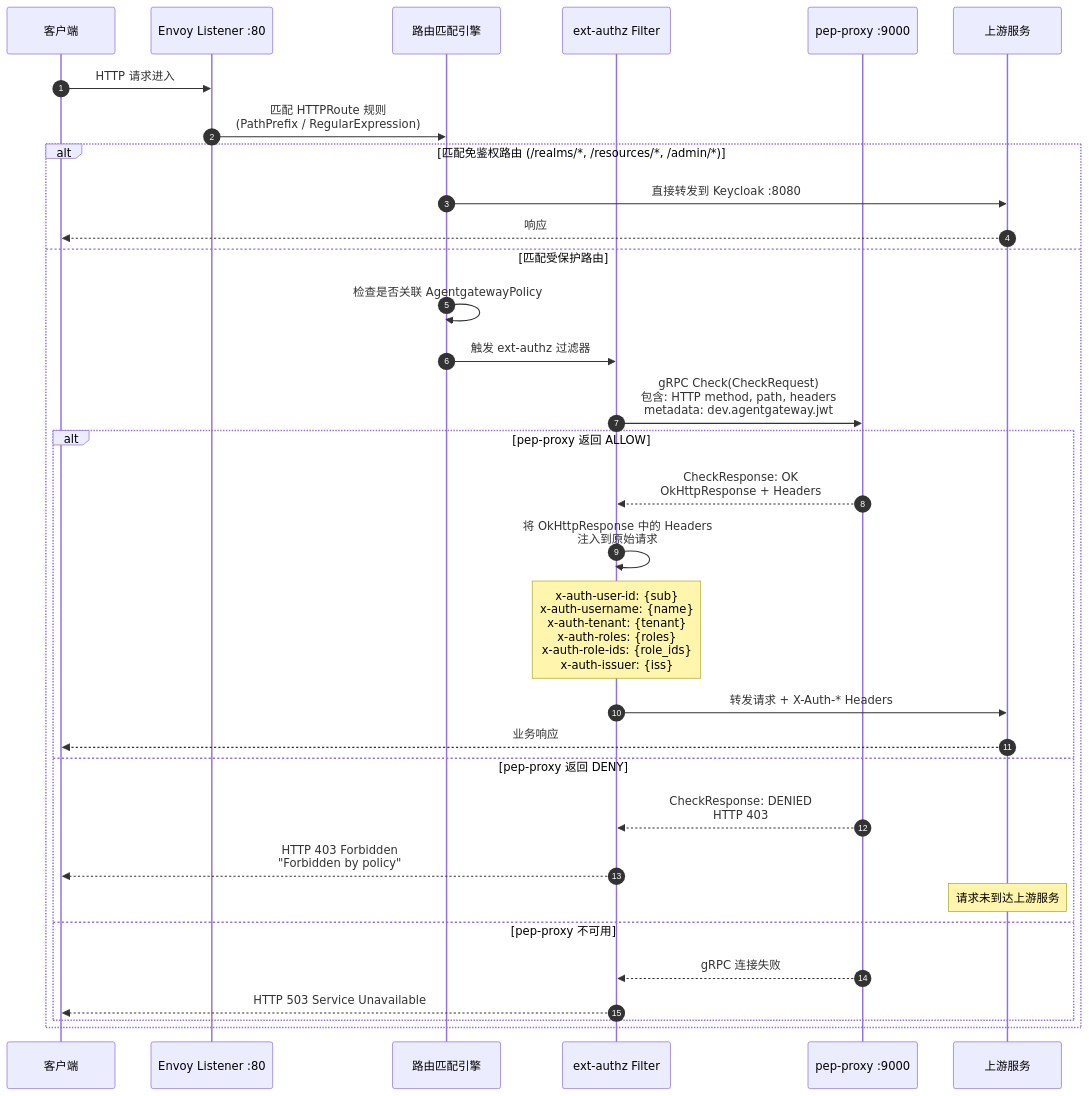
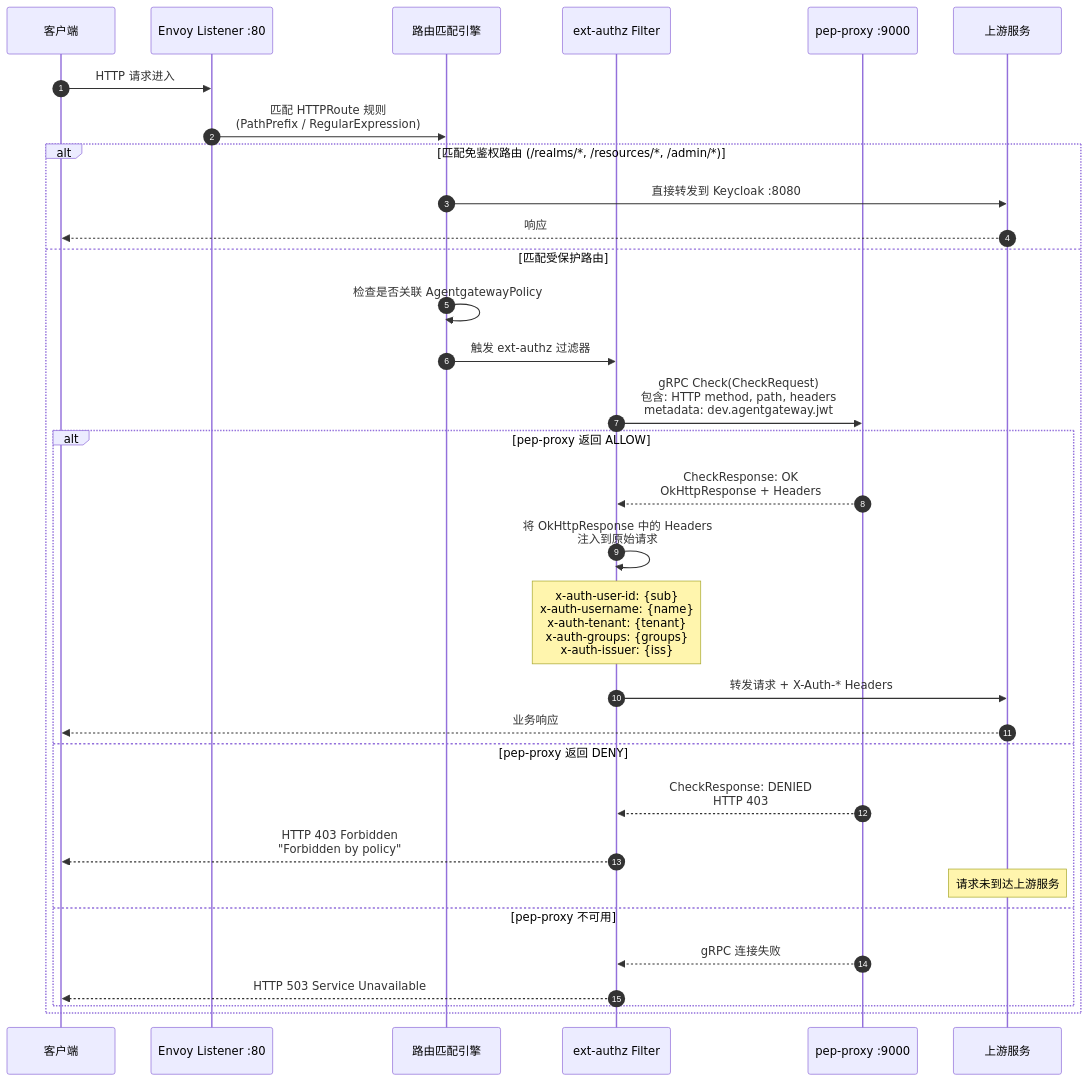
Before and after one commit to xiewanchao/aidp-iam: diagram 15 of 16 in da-cluster/docs/design-specification.md, drawn with Mermaid. The commit also changed other lines of this file and 13 other files, not shown here.

````diff
--- a/da-cluster/docs/design-specification.md
+++ b/da-cluster/docs/design-specification.md
@@ -807,42 +839,42 @@
 ```mermaid
 sequenceDiagram
     autonumber
     participant Client as 客户端
     participant Listener as Envoy Listener :80
     participant RouteMatch as 路由匹配引擎
     participant ExtAuth as ext-authz Filter
     participant PEP as pep-proxy :9000
     participant Upstream as 上游服务
 
     Client->>Listener: HTTP 请求进入
 
     Listener->>RouteMatch: 匹配 HTTPRoute 规则<br/>(PathPrefix / RegularExpression)
 
     alt 匹配免鉴权路由 (/realms/*, /resources/*, /admin/*)
         RouteMatch->>Upstream: 直接转发到 Keycloak :8080
         Upstream-->>Client: 响应
     else 匹配受保护路由
         RouteMatch->>RouteMatch: 检查是否关联 AgentgatewayPolicy
 
         RouteMatch->>ExtAuth: 触发 ext-authz 过滤器
 
         ExtAuth->>PEP: gRPC Check(CheckRequest)<br/>包含: HTTP method, path, headers<br/>metadata: dev.agentgateway.jwt
 
         alt pep-proxy 返回 ALLOW
             PEP-->>ExtAuth: CheckResponse: OK<br/>OkHttpResponse + Headers
             ExtAuth->>ExtAuth: 将 OkHttpResponse 中的 Headers<br/>注入到原始请求
-            Note over ExtAuth: x-auth-user-id: {sub}<br/>x-auth-username: {name}<br/>x-auth-tenant: {tenant}<br/>x-auth-roles: {roles}<br/>x-auth-role-ids: {role_ids}<br/>x-auth-issuer: {iss}
+            Note over ExtAuth: x-auth-user-id: {sub}<br/>x-auth-username: {name}<br/>x-auth-tenant: {tenant}<br/>x-auth-groups: {groups}<br/>x-auth-issuer: {iss}
             ExtAuth->>Upstream: 转发请求 + X-Auth-* Headers
             Upstream-->>Client: 业务响应
 
         else pep-proxy 返回 DENY
             PEP-->>ExtAuth: CheckResponse: DENIED<br/>HTTP 403
             ExtAuth-->>Client: HTTP 403 Forbidden<br/>"Forbidden by policy"
             Note over Upstream: 请求未到达上游服务
 
         else pep-proxy 不可用
             PEP-->>ExtAuth: gRPC 连接失败
             ExtAuth-->>Client: HTTP 503 Service Unavailable
         end
     end
 ```
````
